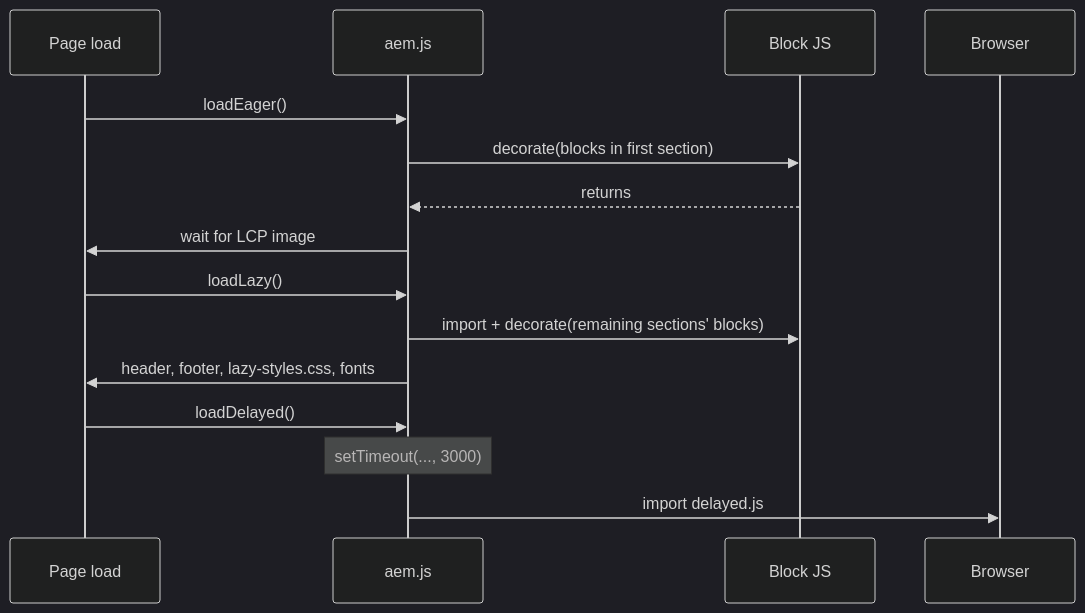
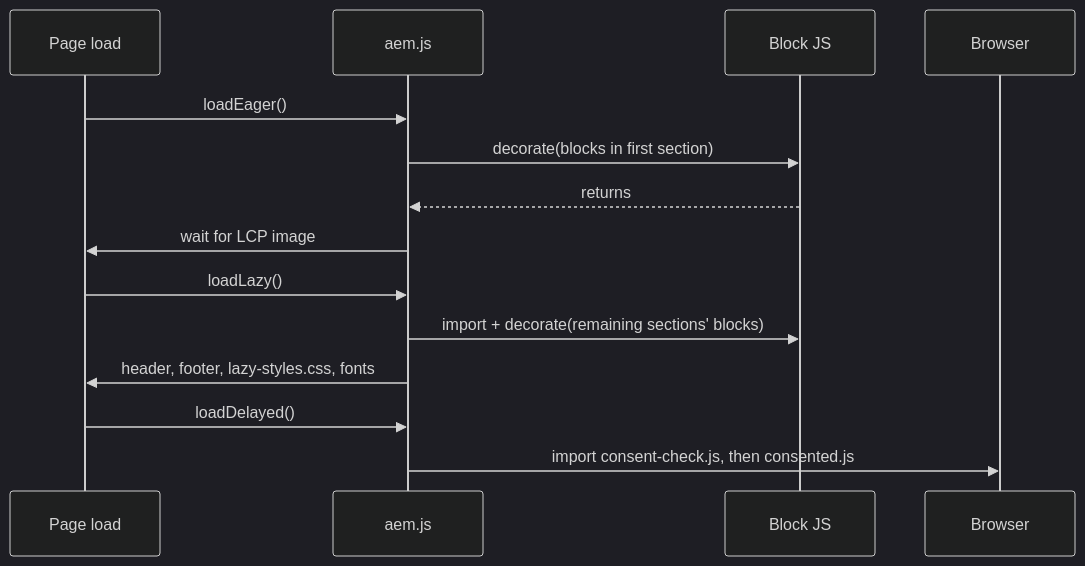
The diagram in docs/aem/edge-delivery/blocks.mdx (LucaNerlich/lucanerlich.com), drawn with Mermaid (dark theme) before and after one commit. The commit also changed other lines of this file, not shown here.

Commit message:
fix: update delayed phase to consent-check.js and consented.js in blocks lifecycle (#832) (#933)

````diff
--- a/docs/aem/edge-delivery/blocks.mdx
+++ b/docs/aem/edge-delivery/blocks.mdx
@@ -63,20 +63,19 @@
 ```mermaid
 sequenceDiagram
     participant Page as Page load
     participant aem as aem.js
     participant Block as Block JS
     participant Browser as Browser
 
     Page->>aem: loadEager()
     aem->>Block: decorate(blocks in first section)
     Block-->>aem: returns
     aem->>Page: wait for LCP image
 
     Page->>aem: loadLazy()
     aem->>Block: import + decorate(remaining sections' blocks)
     aem->>Page: header, footer, lazy-styles.css, fonts
 
     Page->>aem: loadDelayed()
-    Note over aem: setTimeout(..., 3000)
-    aem->>Browser: import delayed.js
+    aem->>Browser: import consent-check.js, then consented.js
 ```
````
